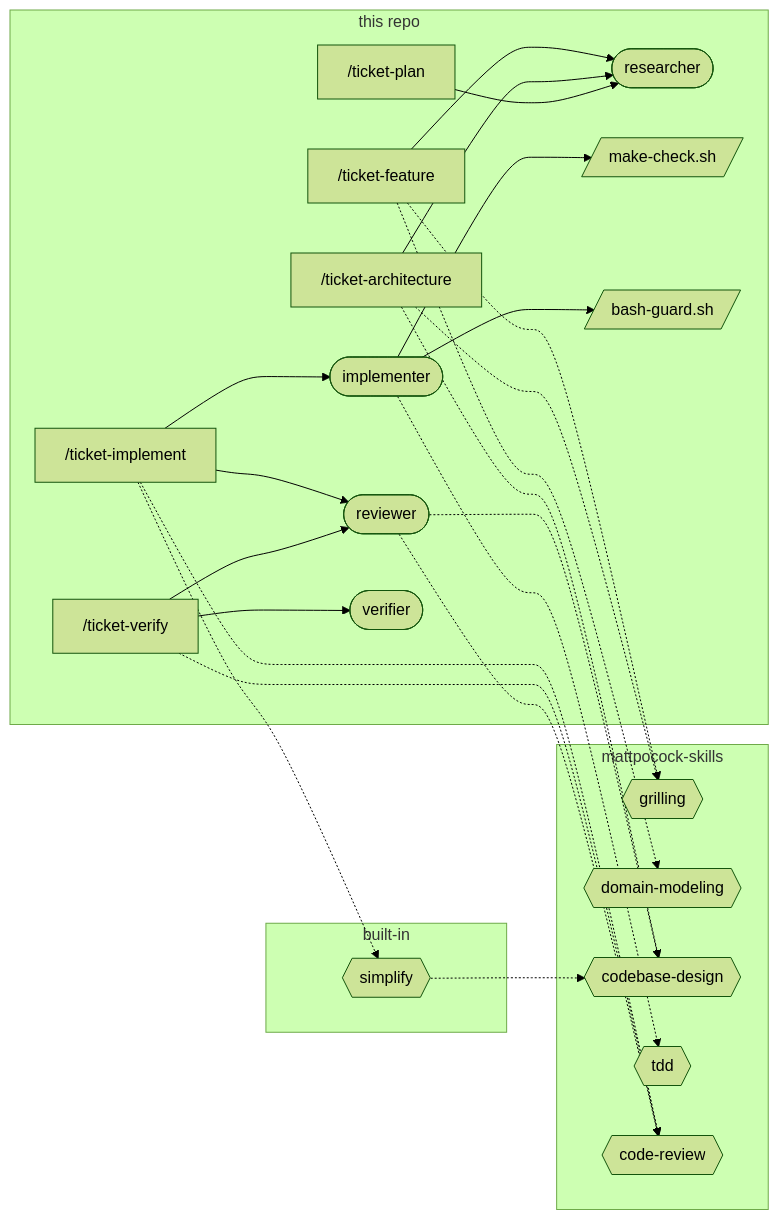
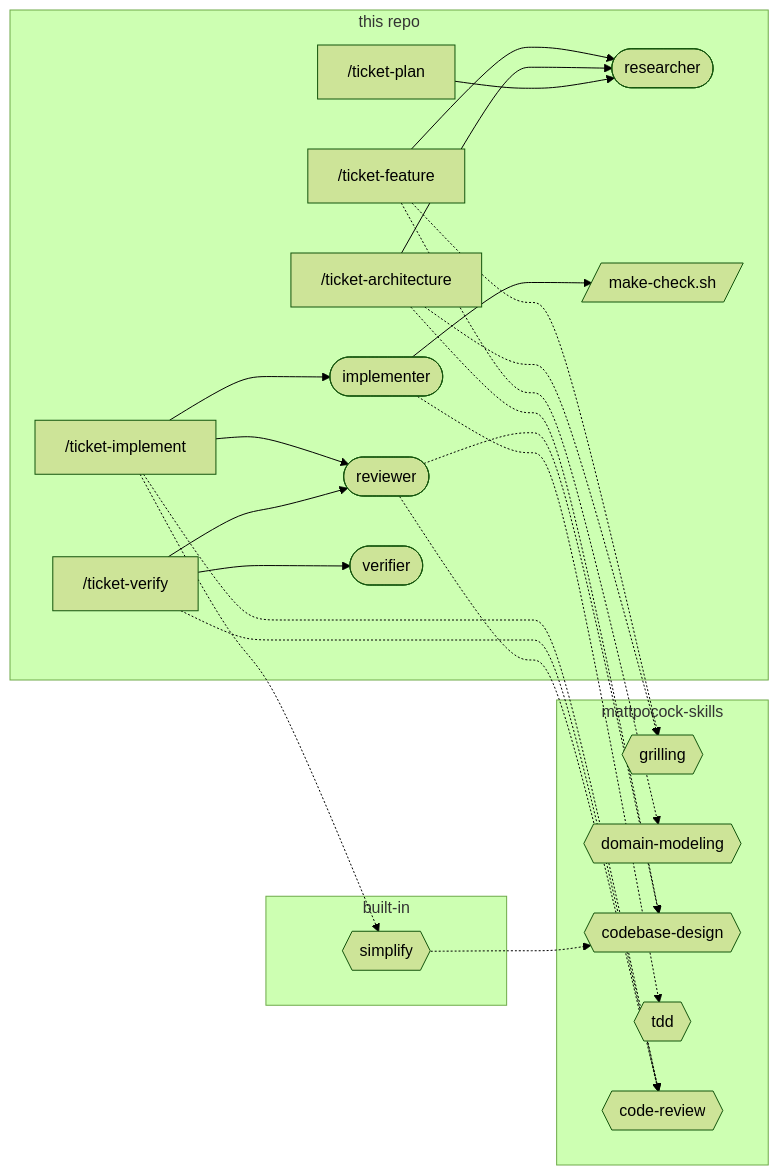
One commit to khotei/app-template changed the second of 3 diagrams in docs/knowledge/sdd.md. Above: the diagram before and after it, drawn with Mermaid (forest theme). The commit also changed other lines of this file and 5 other files, not shown here.

First line of the commit message:
:fire: chore(lean-instructions): Remove the implementer's Bash guard

````diff
--- a/docs/knowledge/sdd.md
+++ b/docs/knowledge/sdd.md
@@ -75,39 +75,38 @@
 ```mermaid
 graph LR
   subgraph ours [this repo]
     feature["/ticket-feature"]
     arch["/ticket-architecture"]
     plan["/ticket-plan"]
     impl["/ticket-implement"]
     verify["/ticket-verify"]
     researcher([researcher])
     implementer([implementer])
     reviewer([reviewer])
     verifier([verifier])
     hook[/make-check.sh/]
-    guard[/bash-guard.sh/]
   end
   subgraph plugin [mattpocock-skills]
     grilling{{grilling}}
     modeling{{domain-modeling}}
     design{{codebase-design}}
     tdd{{tdd}}
     review{{code-review}}
   end
   subgraph builtin [built-in]
     simplify{{simplify}}
   end
   feature -.-> grilling & modeling
   feature --> researcher
   arch -.-> design & grilling
   arch --> researcher
   plan --> researcher
   impl --> implementer & reviewer
   impl -.-> review & simplify
   simplify -.-> design
   implementer -.-> tdd
-  implementer --> hook & guard
+  implementer --> hook
   verify --> verifier & reviewer
   verify -.-> review
   reviewer -.-> review & design
 ```
````
